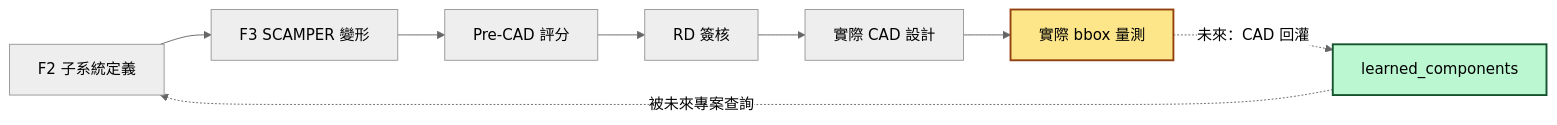
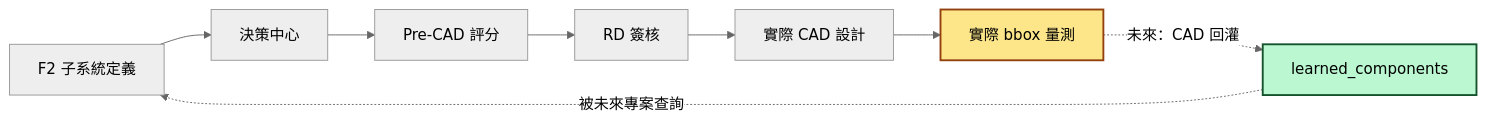
One commit to Zenobia0000/RD_copilot_system changed diagram 26 of 26 in docs/01-define/diagrams/appendix-a--forward-subsystem-discovery.md. Above: the diagram before and after it, drawn with Mermaid. The commit also changed other lines of this file and 77 other files, not shown here.

````diff
--- a/docs/01-define/diagrams/appendix-a--forward-subsystem-discovery.md
+++ b/docs/01-define/diagrams/appendix-a--forward-subsystem-discovery.md
@@ -1117,14 +1119,14 @@
 ```mermaid
 %%{init: {'theme': 'neutral'}}%%
 flowchart LR
-    A[F2 子系統定義] --> B[F3 SCAMPER 變形]
+    A[F2 子系統定義] --> B[決策中心]
     B --> C[Pre-CAD 評分]
     C --> D[RD 簽核]
     D --> E[實際 CAD 設計]
     E --> F[實際 bbox 量測]
     F -.->|未來：CAD 回灌| G[learned_components]
     G -.->|被未來專案查詢| A
 
     style F fill:#fde68a,stroke:#92400e,stroke-width:2px,color:#000
     style G fill:#bbf7d0,stroke:#14532d,stroke-width:2px,color:#000
 ```
````
